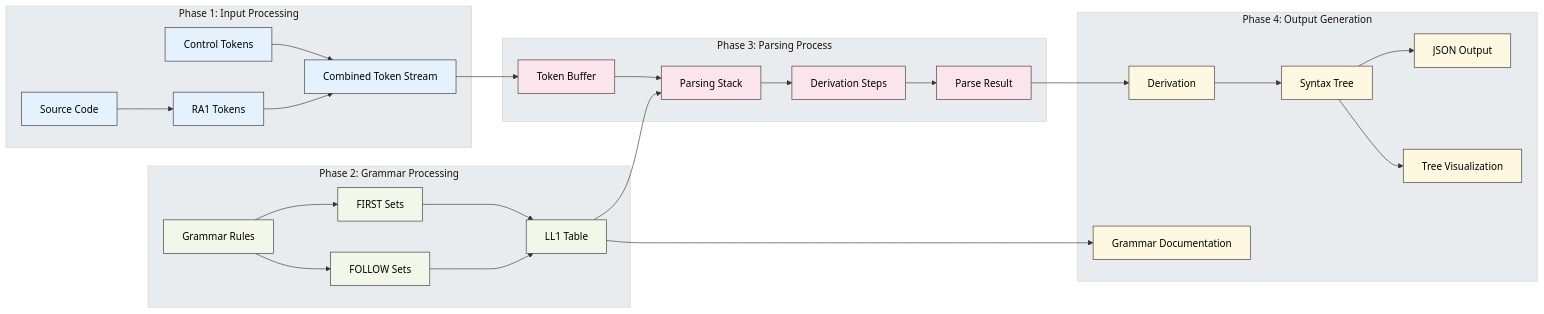
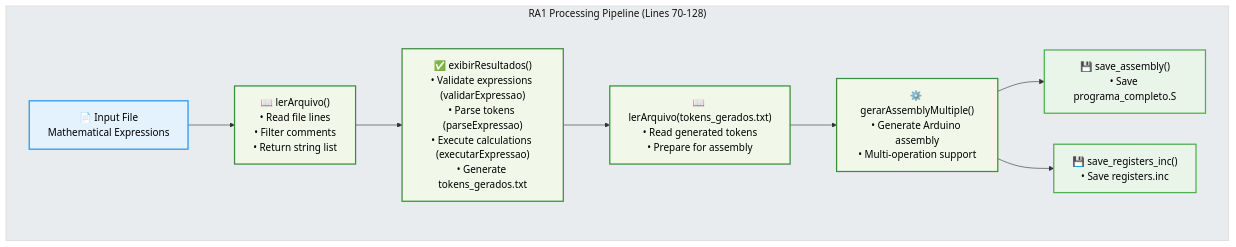
Before and after one commit to waifuisalie/RA2_1: the second of 6 diagrams in flowcharts/RA2/RA2_Architecture_Overview.md, drawn with Mermaid. The commit also changed other lines of this file and 1 other file, not shown here.

Commit message:
adding correct and improved flowcharts

````diff
--- a/flowcharts/RA2/RA2_Architecture_Overview.md
+++ b/flowcharts/RA2/RA2_Architecture_Overview.md
@@ -121,49 +109,28 @@
 ```mermaid
 %%{init: {'theme':'base', 'themeVariables': { 'primaryColor': '#ffffff', 'primaryTextColor': '#000000', 'primaryBorderColor': '#333333', 'lineColor': '#333333', 'secondaryColor': '#f8f9fa', 'tertiaryColor': '#e9ecef'}}}%%
-graph LR
-    %% Phase 1: Input Processing
-    subgraph "Phase 1: Input Processing"
-        A1[Source Code] --> A2[RA1 Tokens]
-        A3[Control Tokens] --> A4[Combined Token Stream]
-        A2 --> A4
+flowchart TB
+    subgraph "RA1 Processing Pipeline (Lines 70-128)"
+        A["📄 Input File<br/>Mathematical Expressions"]
+        B["📖 lerArquivo()<br/>• Read file lines<br/>• Filter comments<br/>• Return string list"]
+        C["✅ exibirResultados()<br/>• Validate expressions (validarExpressao)<br/>• Parse tokens (parseExpressao)<br/>• Execute calculations (executarExpressao)<br/>• Generate tokens_gerados.txt"]
+        D["📖 lerArquivo(tokens_gerados.txt)<br/>• Read generated tokens<br/>• Prepare for assembly"]
+        E["⚙️ gerarAssemblyMultiple()<br/>• Generate Arduino assembly<br/>• Multi-operation support"]
+        F["💾 save_assembly()<br/>• Save programa_completo.S"]
+        G["💾 save_registers_inc()<br/>• Save registers.inc"]
+
+        A --> B
+        B --> C
+        C --> D
+        D --> E
+        E --> F
+        E --> G
     end
-    
-    %% Phase 2: Grammar Processing  
-    subgraph "Phase 2: Grammar Processing"
-        B1[Grammar Rules] --> B2[FIRST Sets]
-        B1 --> B3[FOLLOW Sets]
-        B2 --> B4[LL1 Table]
-        B3 --> B4
-    end
-    
-    %% Phase 3: Parsing
-    subgraph "Phase 3: Parsing Process"
-        C1[Token Buffer] --> C2[Parsing Stack]
-        C2 --> C3[Derivation Steps]
-        C3 --> C4[Parse Result]
-    end
-    
-    %% Phase 4: Output Generation
-    subgraph "Phase 4: Output Generation"
-        D1[Derivation] --> D2[Syntax Tree]
-        D2 --> D3[JSON Output]
-        D2 --> D4[Tree Visualization]
-        B4 --> D5[Grammar Documentation]
-    end
-    
-    %% Connections between phases
-    A4 --> C1
-    B4 --> C2
-    C4 --> D1
-    
-    %% Styling
-    classDef phase1 fill:#e3f2fd
-    classDef phase2 fill:#f1f8e9  
-    classDef phase3 fill:#fce4ec
-    classDef phase4 fill:#fff8e1
-    
-    class A1,A2,A3,A4 phase1
-    class B1,B2,B3,B4 phase2
-    class C1,C2,C3,C4 phase3
-    class D1,D2,D3,D4,D5 phase4
+
+    classDef inputNode fill:#e3f2fd,stroke:#2196f3,stroke-width:2px
+    classDef processNode fill:#f1f8e9,stroke:#388e3c,stroke-width:2px
+    classDef outputNode fill:#e8f5e8,stroke:#4caf50,stroke-width:2px
+
+    class A inputNode
+    class B,C,D,E processNode
+    class F,G outputNode
 ```
````
